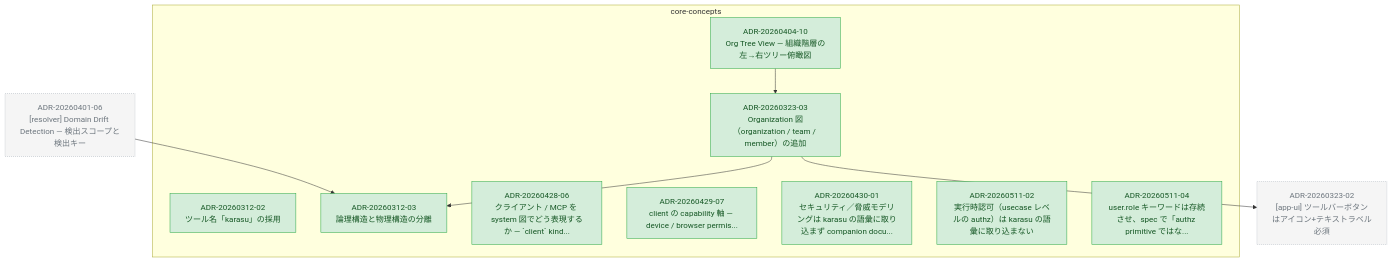
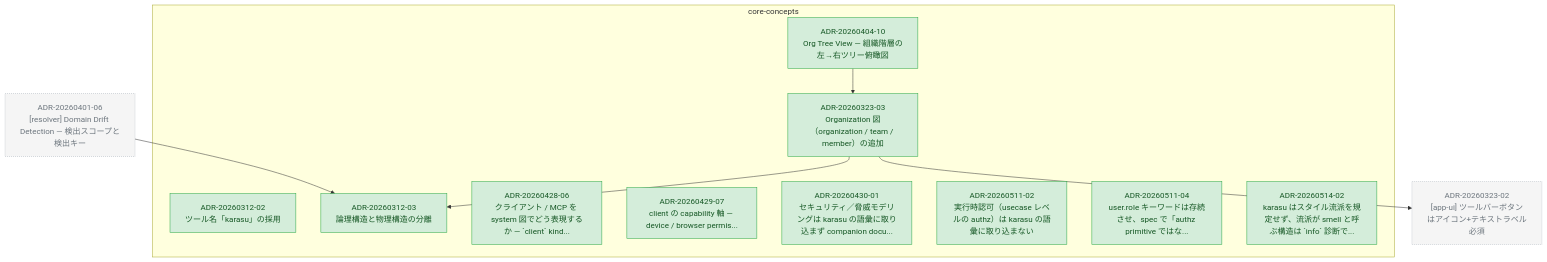
Before and after one commit to kompiro/karasu: the diagram in docs/adr/graph/core-concepts.md, drawn with Mermaid. The commit also changed other lines of this file and 5 other files, not shown here.

````diff
--- a/docs/adr/graph/core-concepts.md
+++ b/docs/adr/graph/core-concepts.md
@@ -6,38 +6,40 @@
 ```mermaid
 flowchart TD
   subgraph core-concepts["core-concepts"]
     ADR_20260312_02["ADR-20260312-02<br/>ツール名「karasu」の採用"]
     ADR_20260312_03["ADR-20260312-03<br/>論理構造と物理構造の分離"]
     ADR_20260323_03["ADR-20260323-03<br/>Organization 図（organization / team / member）の追加"]
     ADR_20260404_10["ADR-20260404-10<br/>Org Tree View — 組織階層の左→右ツリー俯瞰図"]
     ADR_20260428_06["ADR-20260428-06<br/>クライアント / MCP を system 図でどう表現するか — `client` kind..."]
     ADR_20260429_07["ADR-20260429-07<br/>client の capability 軸 — device / browser permis..."]
     ADR_20260430_01["ADR-20260430-01<br/>セキュリティ／脅威モデリングは karasu の語彙に取り込まず companion docu..."]
     ADR_20260511_02["ADR-20260511-02<br/>実行時認可（usecase レベルの authz）は karasu の語彙に取り込まない"]
     ADR_20260511_04["ADR-20260511-04<br/>user.role キーワードは存続させ、spec で「authz primitive ではな..."]
+    ADR_20260514_02["ADR-20260514-02<br/>karasu はスタイル流派を規定せず、流派が smell と呼ぶ構造は `info` 診断で..."]
   end
   ADR_20260323_02["ADR-20260323-02<br/>[app-ui] ツールバーボタンはアイコン+テキストラベル必須"]
   ADR_20260401_06["ADR-20260401-06<br/>[resolver] Domain Drift Detection — 検出スコープと検出キー"]
   ADR_20260323_03 --> ADR_20260312_03
   ADR_20260323_03 --> ADR_20260323_02
   ADR_20260404_10 --> ADR_20260323_03
   ADR_20260401_06 --> ADR_20260312_03
 
   classDef accepted fill:#d4edda,stroke:#28a745,color:#155724
   classDef proposed fill:#fff3cd,stroke:#ffc107,color:#856404
   classDef deprecated fill:#f8d7da,stroke:#dc3545,color:#721c24
   classDef superseded fill:#e2e3e5,stroke:#6c757d,color:#383d41
   classDef not_adopted fill:#e2e3e5,stroke:#6c757d,color:#383d41,stroke-dasharray:3 3
   classDef ghost fill:#f5f5f5,stroke:#adb5bd,color:#6c757d,stroke-dasharray:2 2
   class ADR_20260312_02 accepted
   class ADR_20260312_03 accepted
   class ADR_20260323_03 accepted
   class ADR_20260404_10 accepted
   class ADR_20260428_06 accepted
   class ADR_20260429_07 accepted
   class ADR_20260430_01 accepted
   class ADR_20260511_02 accepted
   class ADR_20260511_04 accepted
+  class ADR_20260514_02 accepted
   class ADR_20260323_02 ghost
   class ADR_20260401_06 ghost
 ```
````
